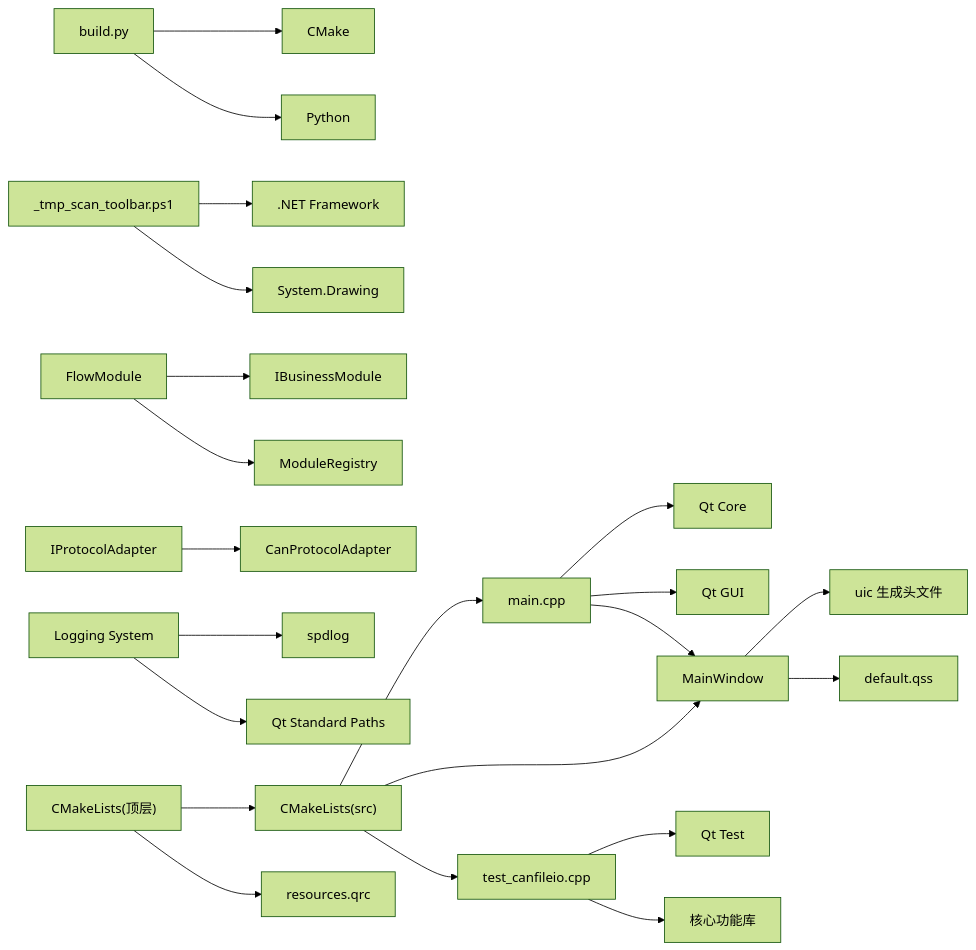
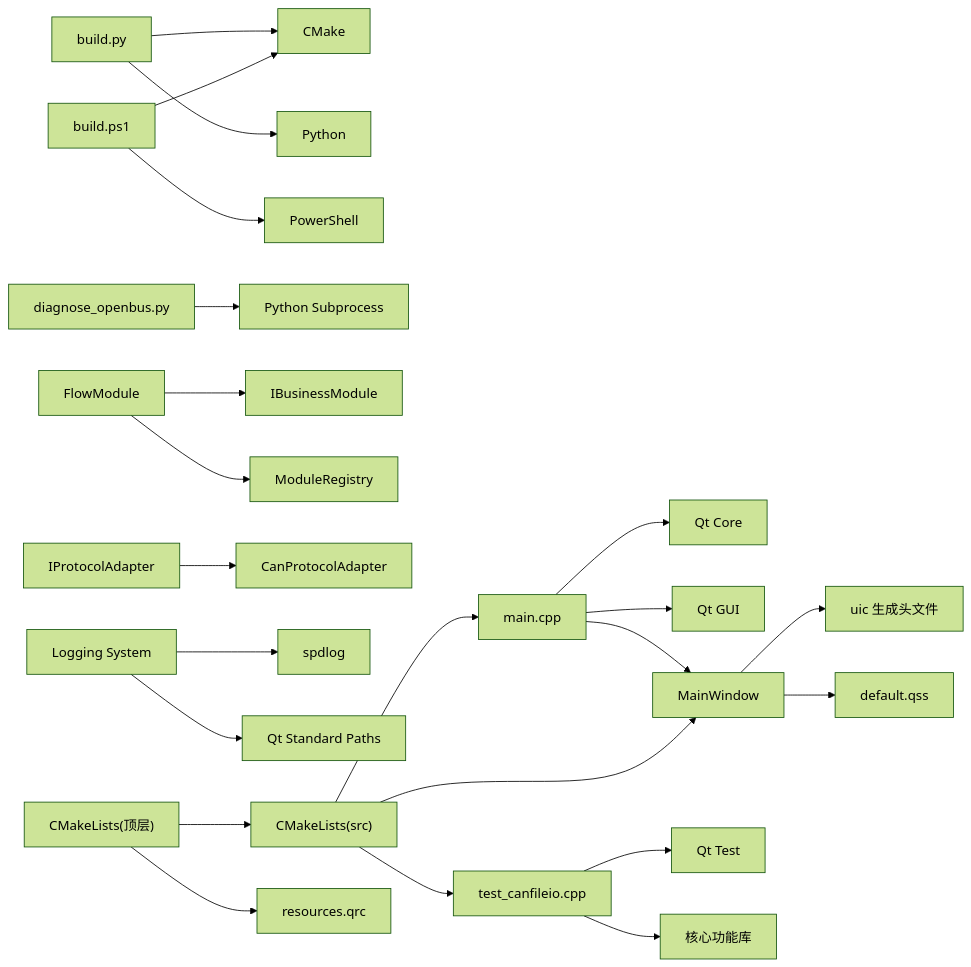
The fourth of 4 diagrams in .qoder/repowiki/zh/content/开发指南/开发指南.md (jakecai1225-design/OpenBus), drawn with Mermaid (forest theme) before and after one commit. The commit also changed other lines of this file and 151 other files, not shown here.

````diff
--- a/.qoder/repowiki/zh/content/开发指南/开发指南.md
+++ b/.qoder/repowiki/zh/content/开发指南/开发指南.md
@@ -664,24 +682,25 @@
 ```mermaid
 graph LR
 MAIN["main.cpp"] --> QT_CORE["Qt Core"]
 MAIN --> QT_GUI["Qt GUI"]
 MAIN --> MW["MainWindow"]
 MW --> UI_HDR["uic 生成头文件"]
 MW --> QSS["default.qss"]
 TESTS["test_canfileio.cpp"] --> QT_TEST["Qt Test"]
 TESTS --> CORE_LIB["核心功能库"]
-BUILD["build.py"] --> CMAKE["CMake"]
-BUILD --> PYTHON["Python"]
-GUI_TEST["_tmp_scan_toolbar.ps1"] --> DOTNET[".NET Framework"]
-GUI_TEST --> IMAGE_LIB["System.Drawing"]
+BUILD_PY["build.py"] --> CMAKE["CMake"]
+BUILD_PY --> PYTHON["Python"]
+BUILD_PS["build.ps1"] --> POWERSHELL["PowerShell"]
+BUILD_PS --> CMAKE
+DIAG["diagnose_openbus.py"] --> SUBPROCESS["Python Subprocess"]
 MODULE["FlowModule"] --> IMODULE["IBusinessModule"]
 MODULE --> MODREG["ModuleRegistry"]
 PROTOCOL["IProtocolAdapter"] --> CANPROTO["CanProtocolAdapter"]
 LOGGING["Logging System"] --> SPDLOG["spdlog"]
 LOGGING --> QT_PATHS["Qt Standard Paths"]
 CMAKE_TOP["CMakeLists(顶层)"] --> CMAKE_SRC["CMakeLists(src)"]
 CMAKE_SRC --> MAIN
 CMAKE_SRC --> MW
 CMAKE_SRC --> TESTS
 CMAKE_TOP --> QRC["resources.qrc"]
 ```
````
